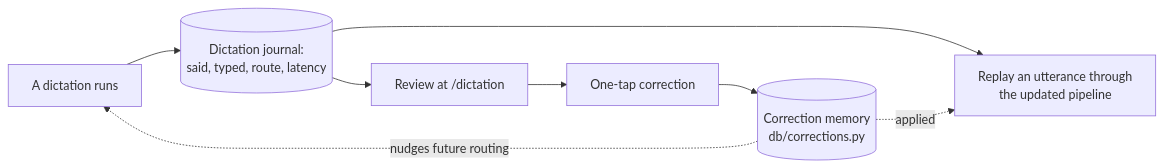
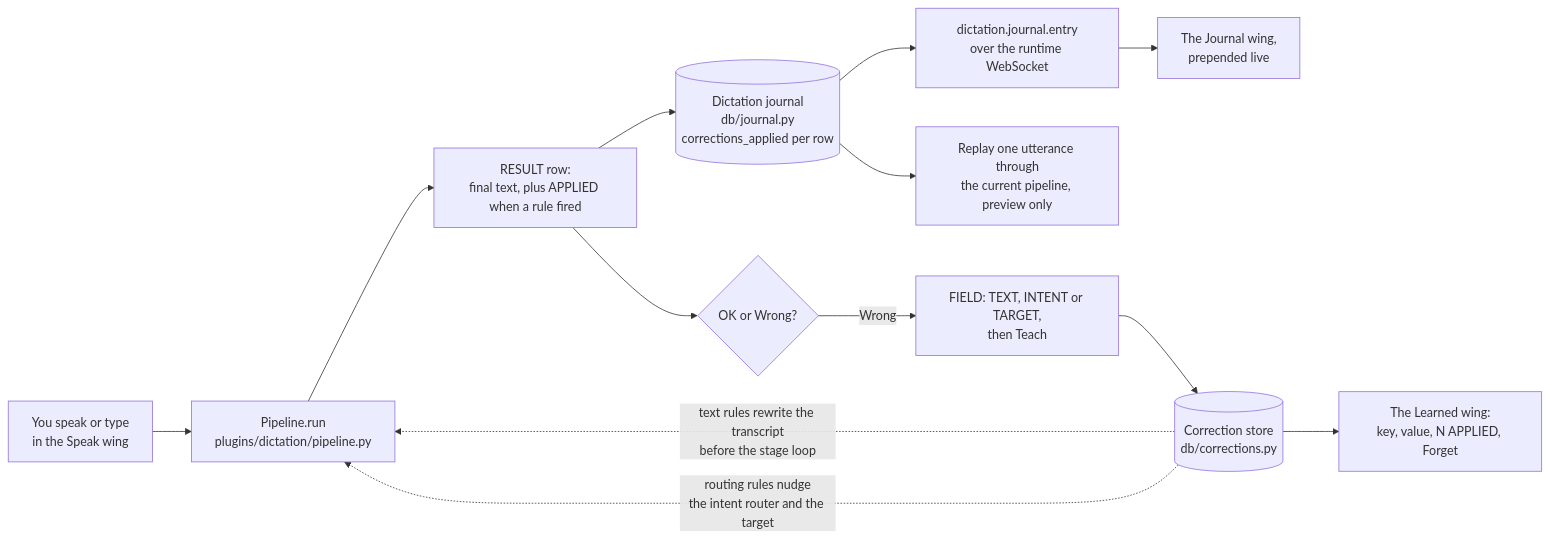
One commit to karolswdev/HoldSpeak changed the third of 16 diagrams in docs/ARCHITECTURE.md. Above: the diagram before and after it, drawn with Mermaid. The commit also changed other lines of this file and 18 other files, not shown here.

````diff
--- a/docs/ARCHITECTURE.md
+++ b/docs/ARCHITECTURE.md
@@ -251,10 +298,15 @@
 ```mermaid
 flowchart LR
-  RUN["A dictation runs"] --> J[("Dictation journal:<br/>said, typed, route, latency")]
-  J --> REVIEW["Review at /dictation"]
-  REVIEW --> FIX["One-tap correction"]
-  FIX --> MEM[("Correction memory<br/>db/corrections.py")]
-  MEM -. "nudges future routing" .-> RUN
-  J --> REPLAY["Replay an utterance through<br/>the updated pipeline"]
-  MEM -. "applied" .-> REPLAY
+  SPEAK["You speak or type<br/>in the Speak wing"] --> RUN["Pipeline.run<br/>plugins/dictation/pipeline.py"]
+  MEM[("Correction store<br/>db/corrections.py")] -. "text rules rewrite the transcript<br/>before the stage loop" .-> RUN
+  MEM -. "routing rules nudge<br/>the intent router and the target" .-> RUN
+  RUN --> LAND["RESULT row:<br/>final text, plus APPLIED when a rule fired"]
+  LAND --> J[("Dictation journal<br/>db/journal.py<br/>corrections_applied per row")]
+  J --> BUS["dictation.journal.entry<br/>over the runtime WebSocket"]
+  BUS --> STREAM["The Journal wing,<br/>prepended live"]
+  LAND --> JUDGE{"OK or Wrong?"}
+  JUDGE -- "Wrong" --> TEACH["FIELD: TEXT, INTENT or TARGET,<br/>then Teach"]
+  TEACH --> MEM
+  MEM --> LEARNED["The Learned wing:<br/>key, value, N APPLIED, Forget"]
+  J --> REPLAY["Replay one utterance through<br/>the current pipeline, preview only"]
 ```
````
